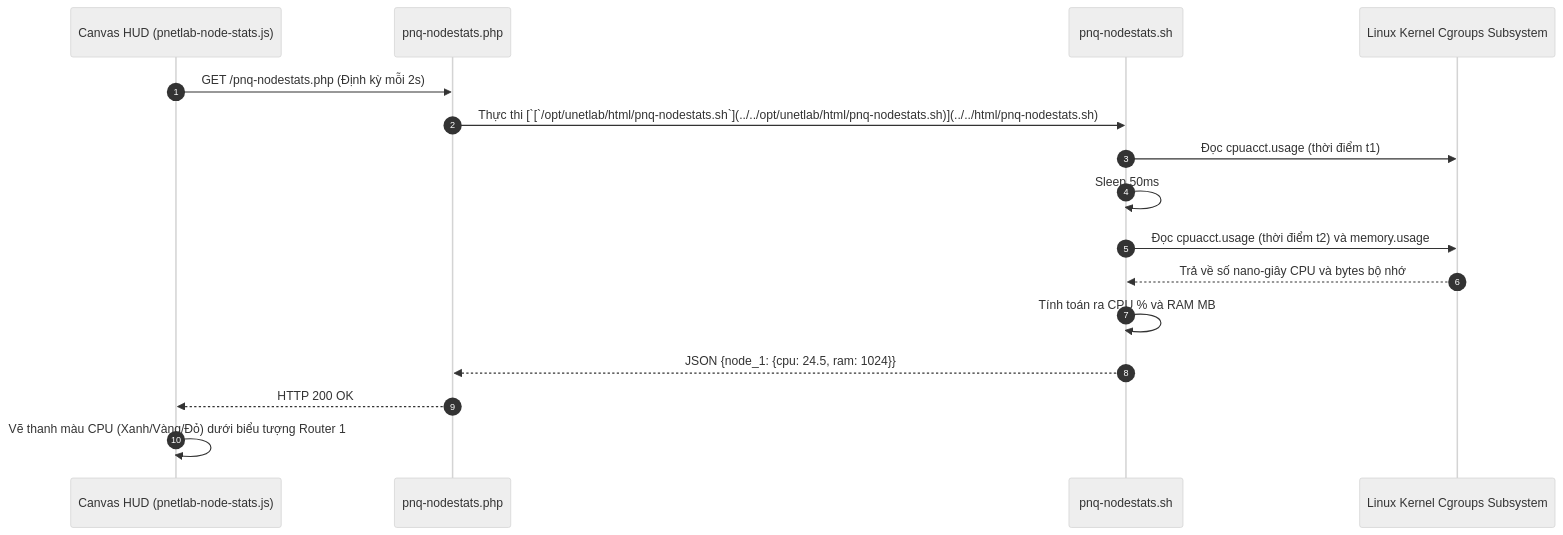
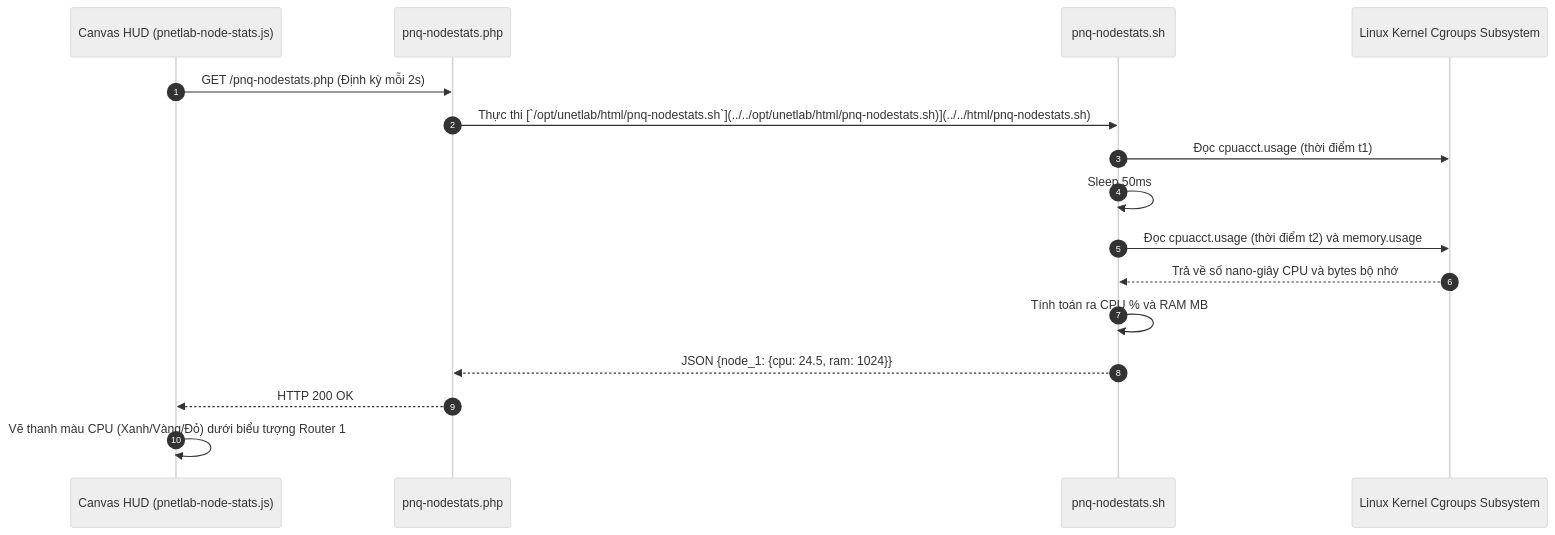
Before and after one commit to Luuxinhxinh/pnet-v8: the diagram in docs/03-diagrams/f34-live-nodestats-cgroups-sequence.md, drawn with Mermaid (neutral theme). The commit also changed 88 other files, not shown here.

````diff
--- a/docs/03-diagrams/f34-live-nodestats-cgroups-sequence.md
+++ b/docs/03-diagrams/f34-live-nodestats-cgroups-sequence.md
@@ -9,19 +9,19 @@
 ```mermaid
 sequenceDiagram
     autonumber
     participant UI as Canvas HUD (pnetlab-node-stats.js)
     participant API as pnq-nodestats.php
     participant Script as pnq-nodestats.sh
     participant Cgroups as Linux Kernel Cgroups Subsystem
 
     UI->>API: GET /pnq-nodestats.php (Định kỳ mỗi 2s)
-    API->>Script: Thực thi [`[`/opt/unetlab/html/pnq-nodestats.sh`](../../opt/unetlab/html/pnq-nodestats.sh)](../../html/pnq-nodestats.sh)
+    API->>Script: Thực thi [`/opt/unetlab/html/pnq-nodestats.sh`](../../opt/unetlab/html/pnq-nodestats.sh)](../../html/pnq-nodestats.sh)
     Script->>Cgroups: Đọc cpuacct.usage (thời điểm t1)
     Script->>Script: Sleep 50ms
     Script->>Cgroups: Đọc cpuacct.usage (thời điểm t2) và memory.usage
     Cgroups-->>Script: Trả về số nano-giây CPU và bytes bộ nhớ
     Script->>Script: Tính toán ra CPU % và RAM MB
     Script-->>API: JSON {node_1: {cpu: 24.5, ram: 1024}}
     API-->>UI: HTTP 200 OK
     UI->>UI: Vẽ thanh màu CPU (Xanh/Vàng/Đỏ) dưới biểu tượng Router 1
 ```
````
